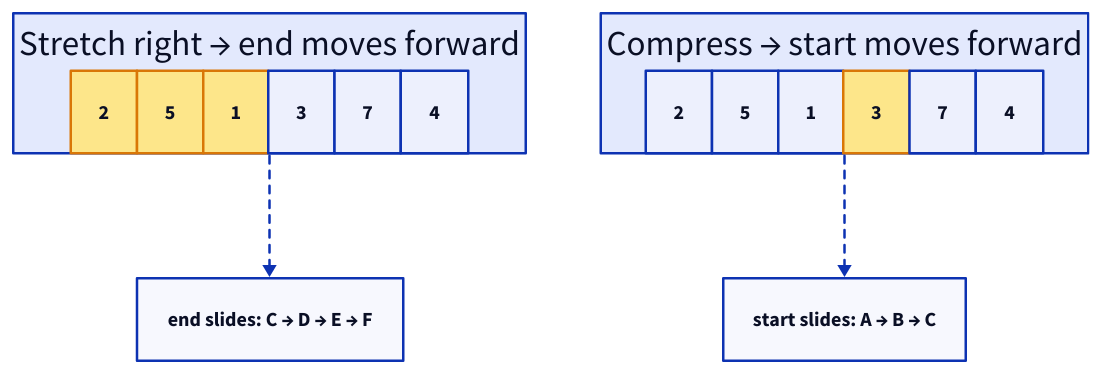
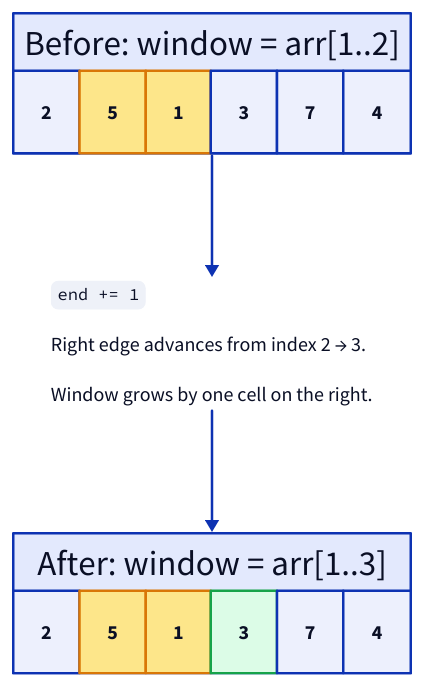
Before and after one commit to ani2fun/note-book: the first of 18 diagrams in src/computer-science/DSA/data-structures/1.arrays/08-pattern-variable-sliding-window.md, drawn with D2. The commit also changed other lines of this file, not shown here.

First line of the commit message:
DSA variable window: redraw Rubber Band diagram with before/op/after frames

````diff
--- a/src/computer-science/DSA/data-structures/1.arrays/08-pattern-variable-sliding-window.md
+++ b/src/computer-science/DSA/data-structures/1.arrays/08-pattern-variable-sliding-window.md
@@ -36,30 +36,34 @@
 ```d2
-expand: "Stretch right → end moves forward" {
+stretch_before: "Before: window = arr[1..2]" {
   grid-columns: 6
   grid-gap: 0
-  a0: "2" {style.fill: "#fde68a"; style.stroke: "#d97706"}
+  a0: "2"
   a1: "5" {style.fill: "#fde68a"; style.stroke: "#d97706"}
   a2: "1" {style.fill: "#fde68a"; style.stroke: "#d97706"}
   a3: "3"
   a4: "7"
   a5: "4"
 }
 
-ex_note: "end slides: C → D → E → F"
+stretch_op: |md
+  `end += 1`
 
-contract: "Compress → start moves forward" {
+  Right edge advances from index 2 → 3.
+
+  Window grows by one cell on the right.
+|
+
+stretch_after: "After: window = arr[1..3]" {
   grid-columns: 6
   grid-gap: 0
   b0: "2"
-  b1: "5"
-  b2: "1"
-  b3: "3" {style.fill: "#fde68a"; style.stroke: "#d97706"}
+  b1: "5" {style.fill: "#fde68a"; style.stroke: "#d97706"}
+  b2: "1" {style.fill: "#fde68a"; style.stroke: "#d97706"}
+  b3: "3" {style.fill: "#dcfce7"; style.stroke: "#16a34a"}
   b4: "7"
   b5: "4"
 }
 
-co_note: "start slides: A → B → C"
-
-expand -> ex_note: "" {style.stroke-dash: 3}
-contract -> co_note: "" {style.stroke-dash: 3}
+stretch_before -> stretch_op
+stretch_op -> stretch_after
 ```
````
